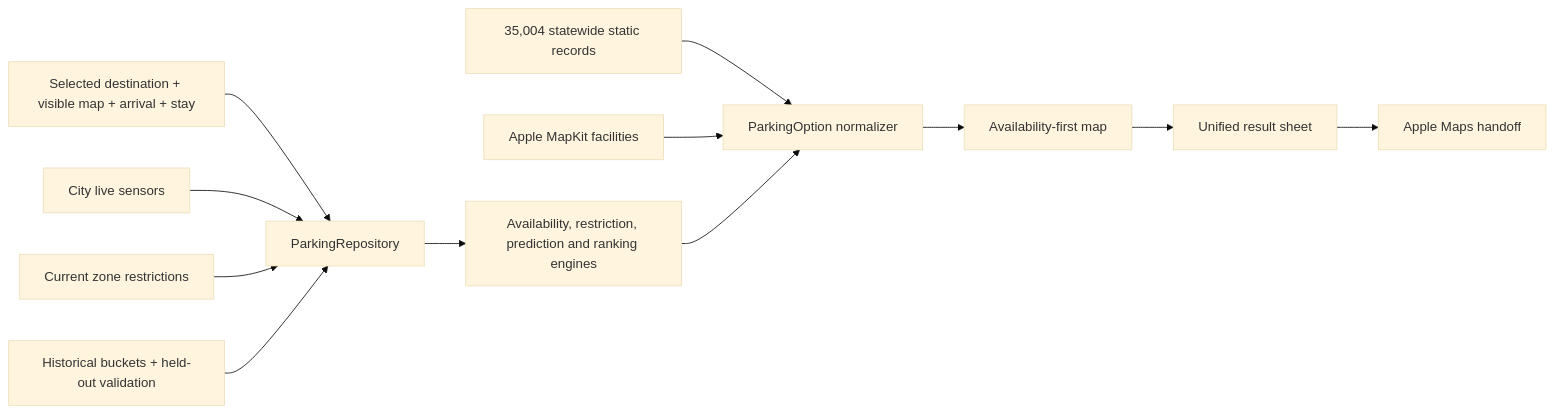
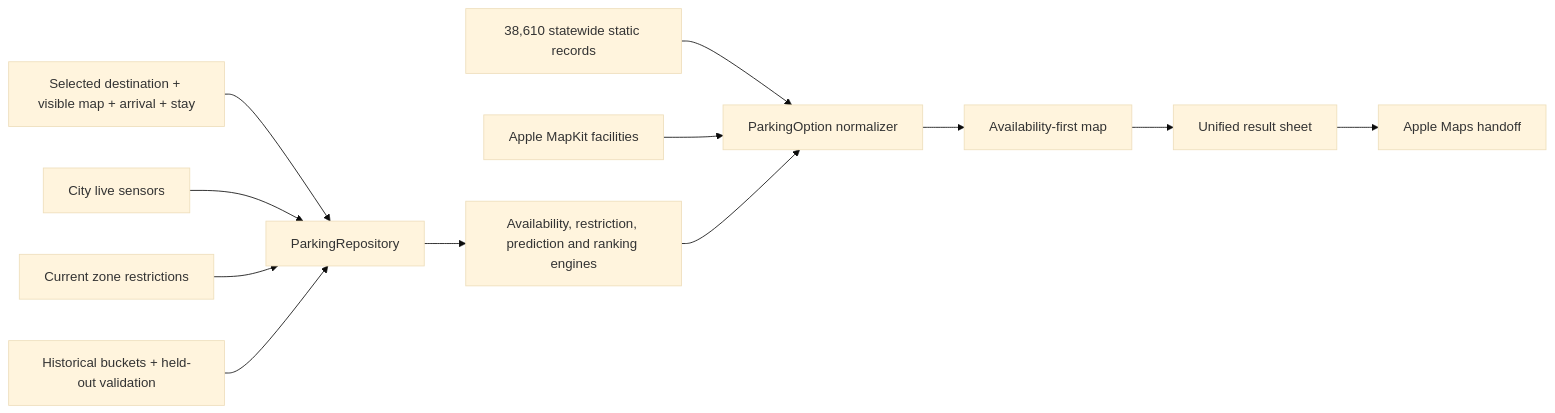
One commit to OpenRenderKit/ParkAlong changed the diagram in README.md. Above: the diagram before and after it, drawn with Mermaid (base theme). The commit also changed other lines of this file and 26 other files, not shown here.

````diff
--- a/README.md
+++ b/README.md
@@ -79,14 +79,14 @@
 ```mermaid
 flowchart LR
     Destination["Selected destination + visible map + arrival + stay"] --> Repository["ParkingRepository"]
     Sensors["City live sensors"] --> Repository
     Signs["Current zone restrictions"] --> Repository
     History["Historical buckets + held-out validation"] --> Repository
-    Catalog["35,004 statewide static records"] --> Normalizer
+    Catalog["38,610 statewide static records"] --> Normalizer
     MapKit["Apple MapKit facilities"] --> Normalizer["ParkingOption normalizer"]
     Repository --> Engines["Availability, restriction, prediction and ranking engines"]
     Engines --> Normalizer
     Normalizer --> Map["Availability-first map"]
     Map --> Sheet["Unified result sheet"]
     Sheet --> Maps["Apple Maps handoff"]
 ```
````
